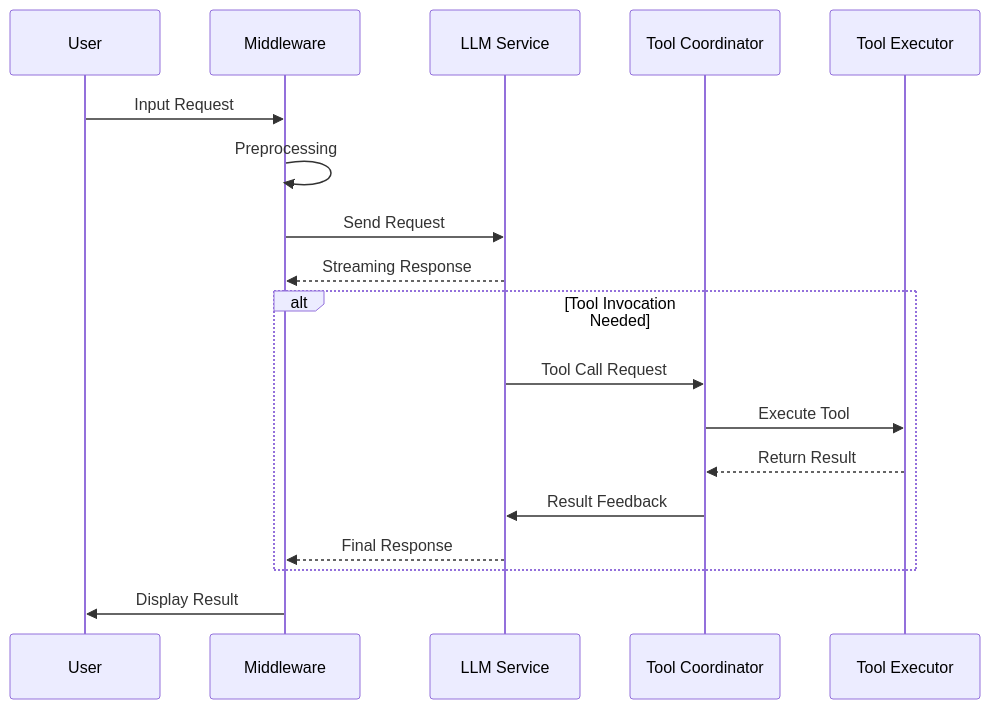
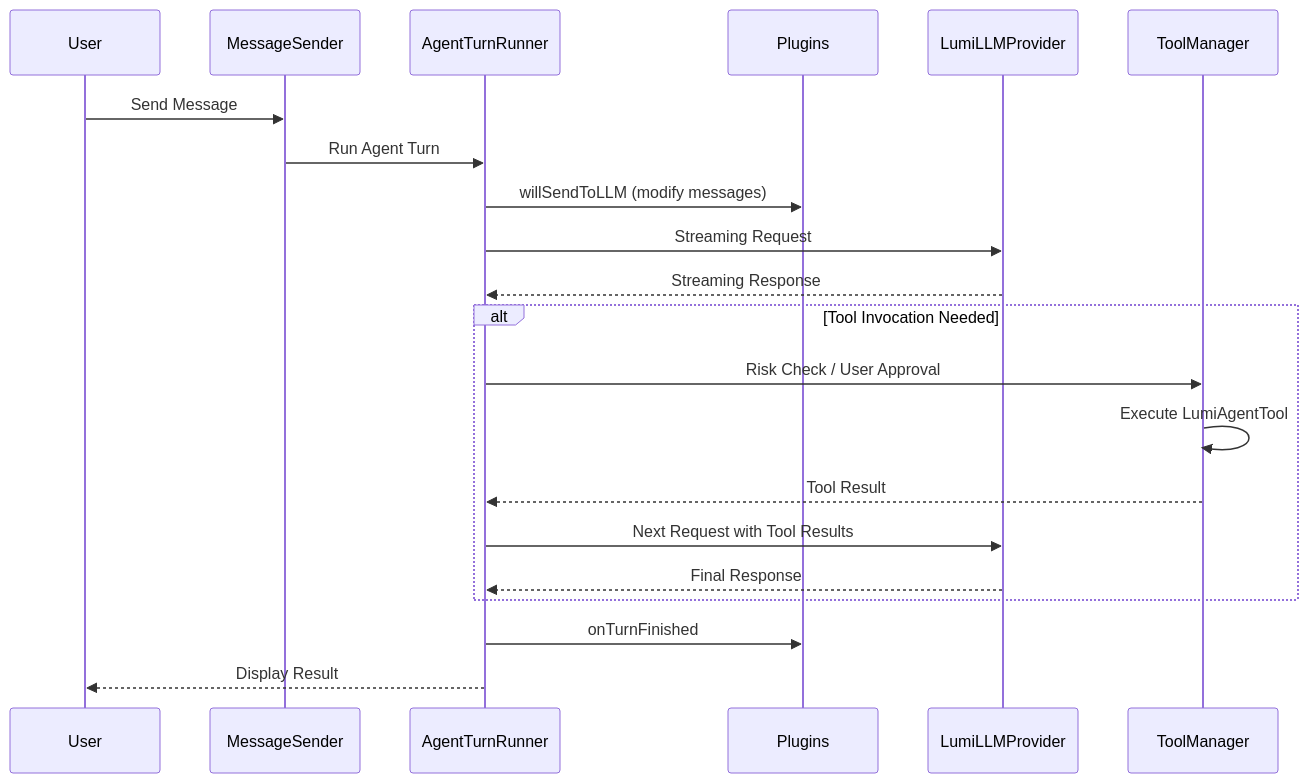
One commit to CofficLab/Lumi changed the second of 2 diagrams in README.md. Above: the diagram before and after it, drawn with Mermaid. The commit also changed other lines of this file and 1 other file, not shown here.

Commit message:
docs: rewrite README with updated features, architecture, and plugin system

````diff
--- a/README.md
+++ b/README.md
@@ -59,21 +71,24 @@
 ```mermaid
 sequenceDiagram
     participant U as User
-    participant M as Middleware
-    participant L as LLM Service
-    participant T as Tool Coordinator
-    participant E as Tool Executor
-    
-    U->>M: Input Request
-    M->>M: Preprocessing
-    M->>L: Send Request
-    L-->>M: Streaming Response
+    participant S as MessageSender
+    participant R as AgentTurnRunner
+    participant P as Plugins
+    participant L as LumiLLMProvider
+    participant T as ToolManager
+
+    U->>S: Send Message
+    S->>R: Run Agent Turn
+    R->>P: willSendToLLM (modify messages)
+    R->>L: Streaming Request
+    L-->>R: Streaming Response
     alt Tool Invocation Needed
-        L->>T: Tool Call Request
-        T->>E: Execute Tool
-        E-->>T: Return Result
-        T->>L: Result Feedback
-        L-->>M: Final Response
+        R->>T: Risk Check / User Approval
+        T->>T: Execute LumiAgentTool
+        T-->>R: Tool Result
+        R->>L: Next Request with Tool Results
+        L-->>R: Final Response
     end
-    M->>U: Display Result
+    R->>P: onTurnFinished
+    R-->>U: Display Result
 ```
````
